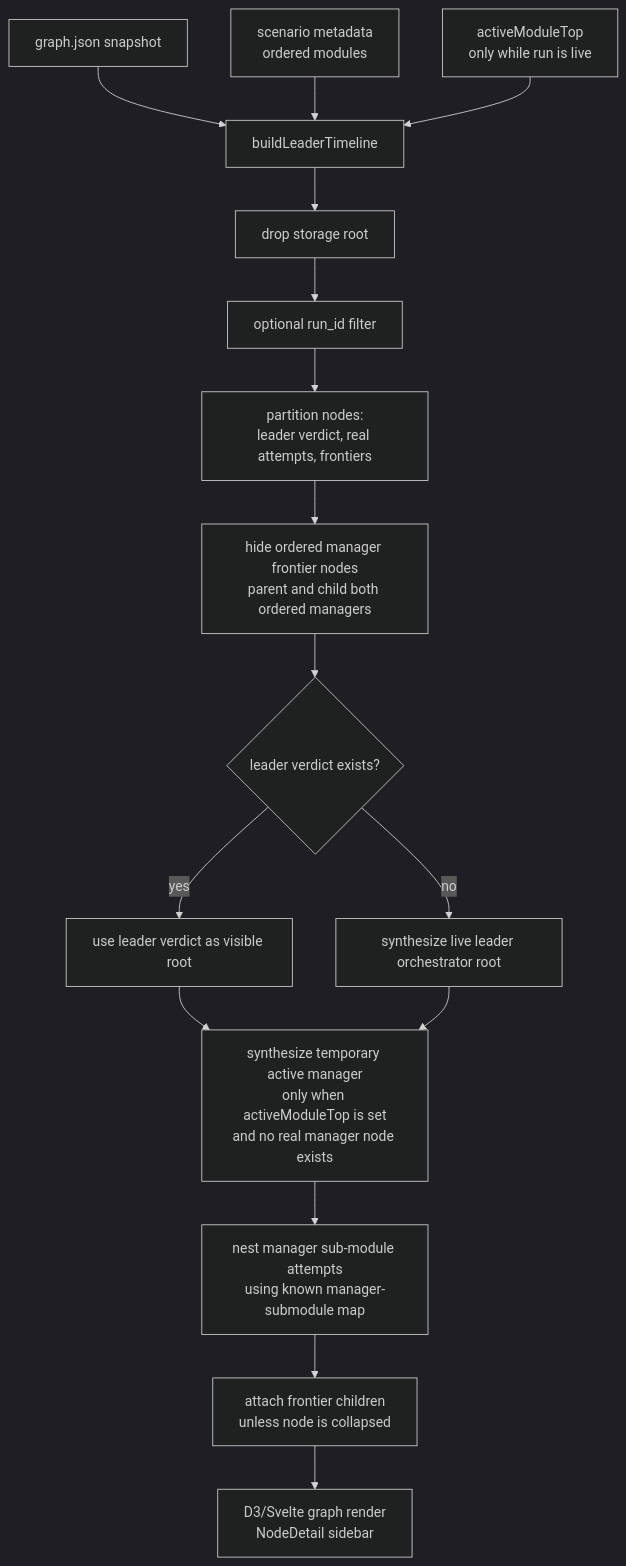
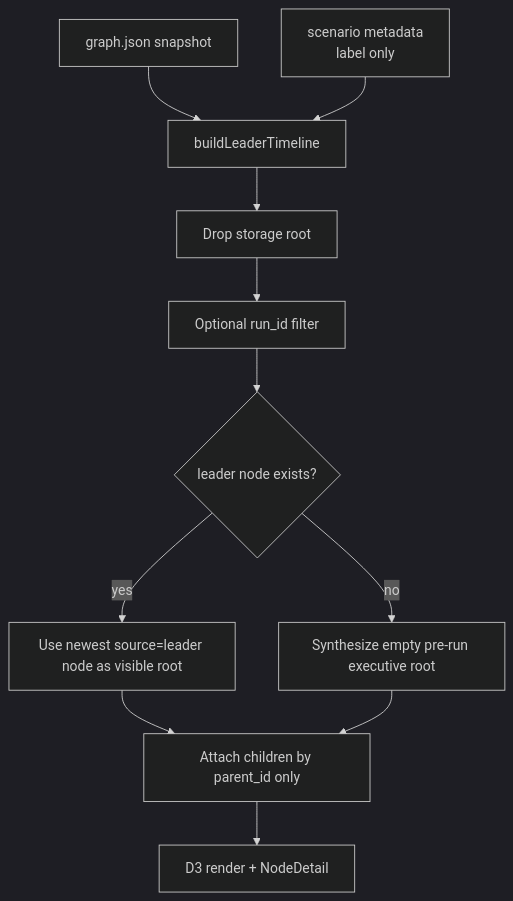
Before and after one commit to galihlprakoso/mesmer.ai: diagram 11 of 11 in VISUALIZATION.md, drawn with Mermaid (dark theme). The commit also changed other lines of this file and 99 other files, not shown here.

````diff
--- a/VISUALIZATION.md
+++ b/VISUALIZATION.md
@@ -446,20 +458,13 @@
 ```mermaid
 flowchart TD
-  GraphJson["graph.json snapshot"] --> Build["buildLeaderTimeline"]
-  ScenarioMeta["scenario metadata<br/>ordered modules"] --> Build
-  ActiveTop["activeModuleTop<br/>only while run is live"] --> Build
-
-  Build --> DropRoot["drop storage root"]
-  DropRoot --> FilterRun["optional run_id filter"]
-  FilterRun --> Partition["partition nodes:<br/>leader verdict, real attempts, frontiers"]
-  Partition --> HideOrdered["hide ordered manager frontier nodes<br/>parent and child both ordered managers"]
-  HideOrdered --> RootChoice{"leader verdict exists?"}
-  RootChoice -- yes --> UseVerdict["use leader verdict as visible root"]
-  RootChoice -- no --> SyntheticLeader["synthesize live leader orchestrator root"]
-  UseVerdict --> SyntheticManager
-  SyntheticLeader --> SyntheticManager
-  SyntheticManager["synthesize temporary active manager<br/>only when activeModuleTop is set<br/>and no real manager node exists"]
-  SyntheticManager --> Nest["nest manager sub-module attempts<br/>using known manager-submodule map"]
-  Nest --> Attach["attach frontier children<br/>unless node is collapsed"]
-  Attach --> Render["D3/Svelte graph render<br/>NodeDetail sidebar"]
+  Snapshot["graph.json snapshot"] --> Build["buildLeaderTimeline"]
+  ScenarioMeta["scenario metadata<br/>label only"] --> Build
+  Build --> DropRoot["Drop storage root"]
+  DropRoot --> Filter["Optional run_id filter"]
+  Filter --> Root{"leader node exists?"}
+  Root -- yes --> Leader["Use newest source=leader node as visible root"]
+  Root -- no --> SyntheticLeader["Synthesize empty pre-run executive root"]
+  Leader --> Children["Attach children by parent_id only"]
+  SyntheticLeader --> Children
+  Children --> Render["D3 render + NodeDetail"]
 ```
````
